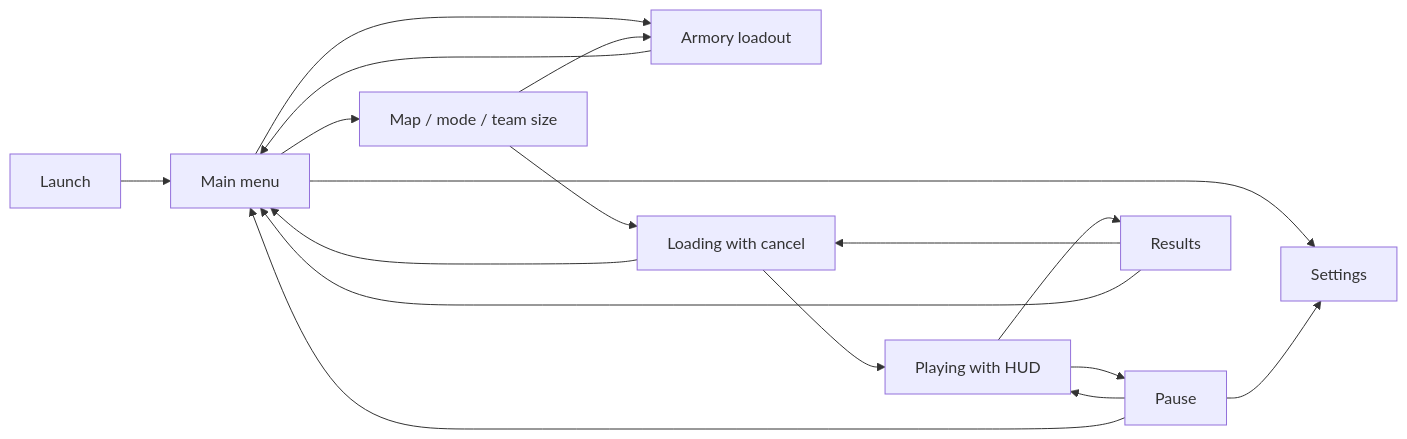
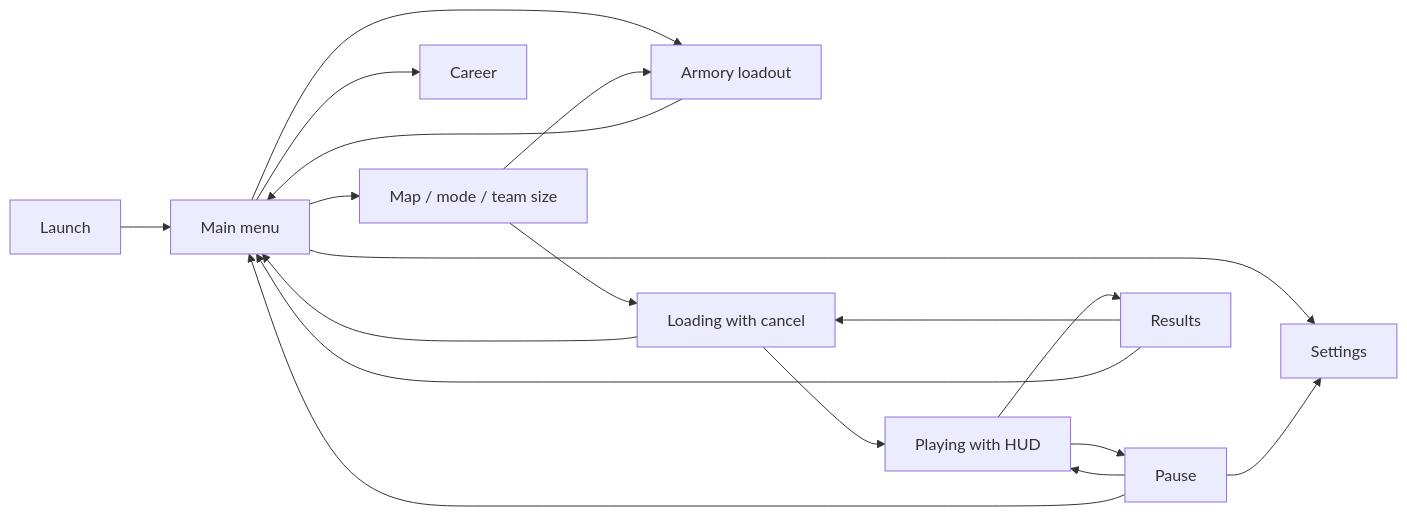
The diagram in docs/features/game-shell.md (Maks417/shooter), drawn with Mermaid before and after one commit. The commit also changed other lines of this file and 12 other files, not shown here.

````diff
--- a/docs/features/game-shell.md
+++ b/docs/features/game-shell.md
@@ -9,19 +20,20 @@
 ```mermaid
 flowchart LR
   Launch --> Main[Main menu]
   Main --> Setup[Map / mode / team size]
   Main --> Armory[Armory loadout]
+  Main --> Career
   Setup --> Armory
   Armory --> Main
   Main --> Settings
   Setup --> Load[Loading with cancel]
   Load --> Match[Playing with HUD]
   Load --> Main
   Match --> Pause
   Pause --> Match
   Pause --> Settings
   Pause --> Main
   Match --> Results
   Results --> Load
   Results --> Main
 ```
````
